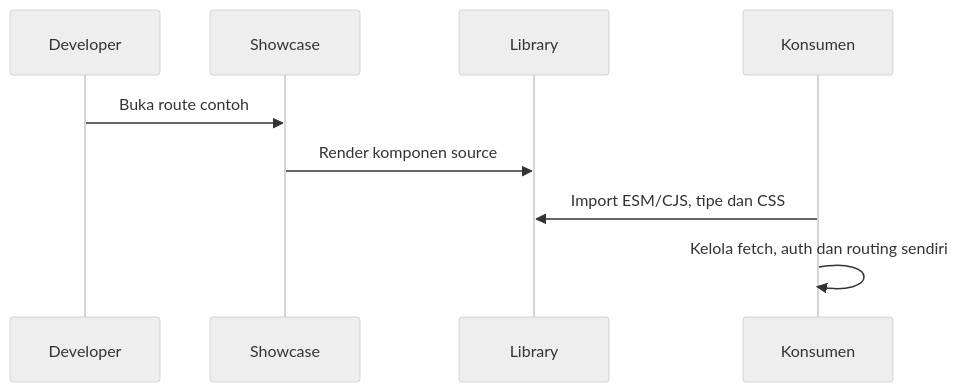
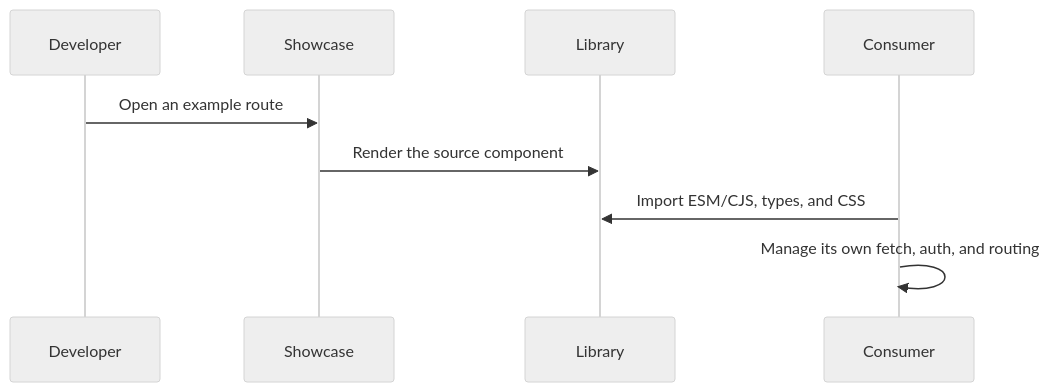
The third of 3 diagrams in docs/architecture.md (bpsprovkaltara/design-system), drawn with Mermaid (neutral theme) before and after one commit. The commit also changed other lines of this file and 10 other files, not shown here.

````diff
--- a/docs/architecture.md
+++ b/docs/architecture.md
@@ -57,11 +57,11 @@
 ```mermaid
 sequenceDiagram
   participant Developer
   participant Showcase
   participant Library
-  participant Konsumen
-  Developer->>Showcase: Buka route contoh
-  Showcase->>Library: Render komponen source
-  Konsumen->>Library: Import ESM/CJS, tipe dan CSS
-  Konsumen->>Konsumen: Kelola fetch, auth dan routing sendiri
+  participant Consumer
+  Developer->>Showcase: Open an example route
+  Showcase->>Library: Render the source component
+  Consumer->>Library: Import ESM/CJS, types, and CSS
+  Consumer->>Consumer: Manage its own fetch, auth, and routing
 ```
````
